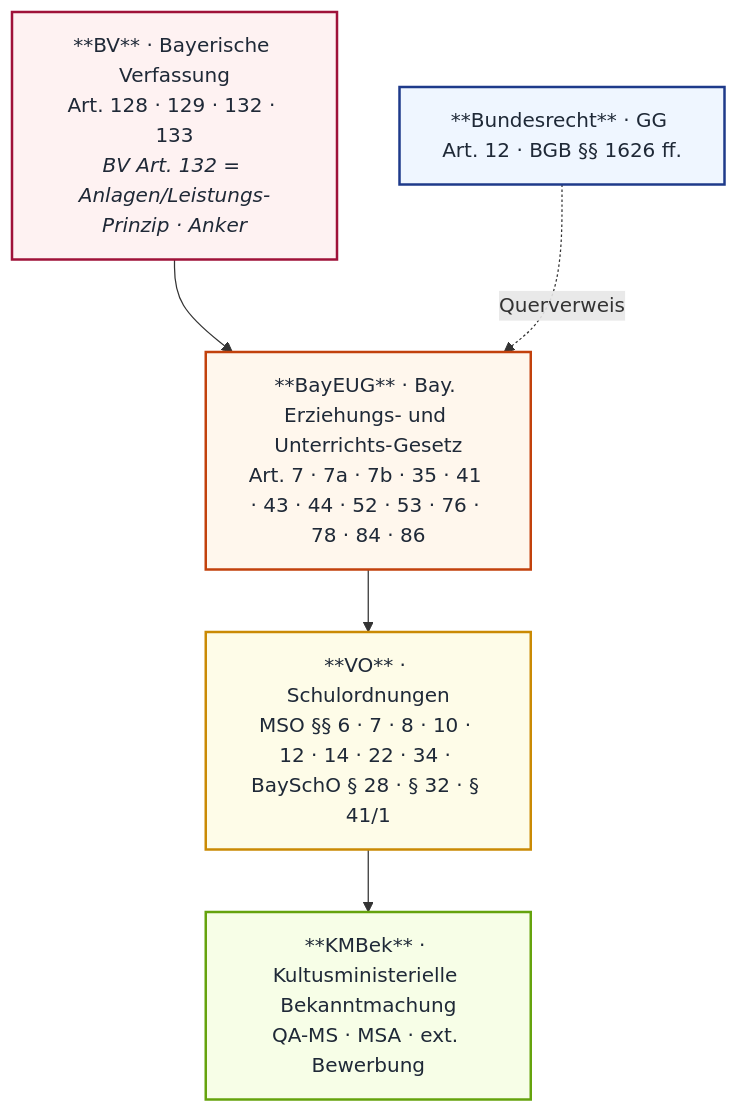
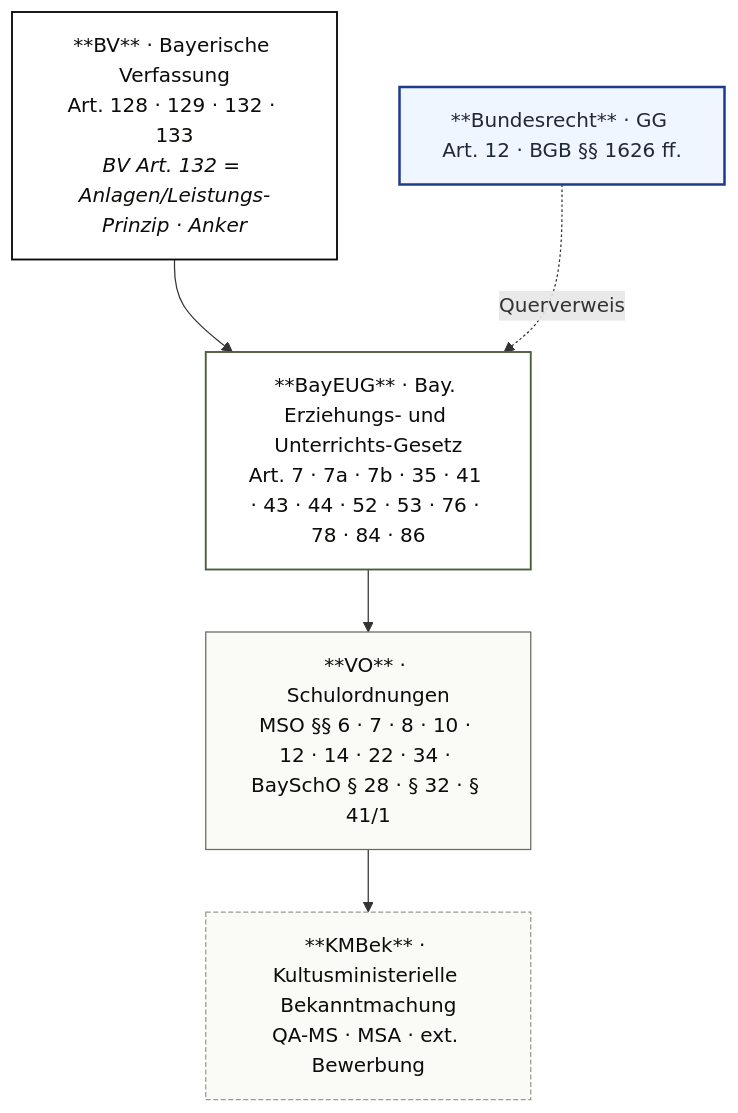
The first of 2 diagrams in _mkdocs/docs/mp04/index.md (snflsknfkldnfs/weitergehts-online), drawn with Mermaid before and after one commit. The commit also changed 30 other files, not shown here.

````diff
--- a/_mkdocs/docs/mp04/index.md
+++ b/_mkdocs/docs/mp04/index.md
@@ -11,17 +11,17 @@
 ```mermaid
 flowchart TB
  BV["**BV** · Bayerische Verfassung<br/>Art. 128 · 129 · 132 · 133<br/><i>BV Art. 132 = Anlagen/Leistungs-Prinzip · Anker</i>"]:::bv
  BAY["**BayEUG** · Bay. Erziehungs- und Unterrichts-Gesetz<br/>Art. 7 · 7a · 7b · 35 · 41 · 43 · 44 · 52 · 53 · 76 · 78 · 84 · 86"]:::bay
  VO["**VO** · Schulordnungen<br/>MSO §§ 6 · 7 · 8 · 10 · 12 · 14 · 22 · 34 · BaySchO § 28 · § 32 · § 41/1"]:::vo
  KM["**KMBek** · Kultusministerielle Bekanntmachung<br/>QA-MS · MSA · ext. Bewerbung<br/>"]:::km
  BU["**Bundesrecht** · GG Art. 12 · BGB §§ 1626 ff."]:::bu
 
  BV --> BAY --> VO --> KM
  BU -.Querverweis.-> BAY
 
- classDef bv fill:#fef2f2,stroke:#9f1239,stroke-width:2px,color:#1f2937
- classDef bay fill:#fff7ed,stroke:#c2410c,stroke-width:2px,color:#1f2937
- classDef vo fill:#fefce8,stroke:#ca8a04,stroke-width:2px,color:#1f2937
- classDef km fill:#f7fee7,stroke:#65a30d,stroke-width:2px,color:#1f2937
+ classDef bv fill:#ffffff,stroke:#0c0c0a,stroke-width:1.5px,color:#0c0c0a
+ classDef bay fill:#ffffff,stroke:#4a5d3b,stroke-width:1.5px,color:#0c0c0a
+ classDef vo fill:#fafaf6,stroke:#6b685f,stroke-width:1px,color:#0c0c0a
+ classDef km fill:#fafaf6,stroke:#9b988e,stroke-width:1px,color:#0c0c0a,stroke-dasharray: 4 2
  classDef bu fill:#eff6ff,stroke:#1e3a8a,stroke-width:2px,color:#1f2937
 ```
````
